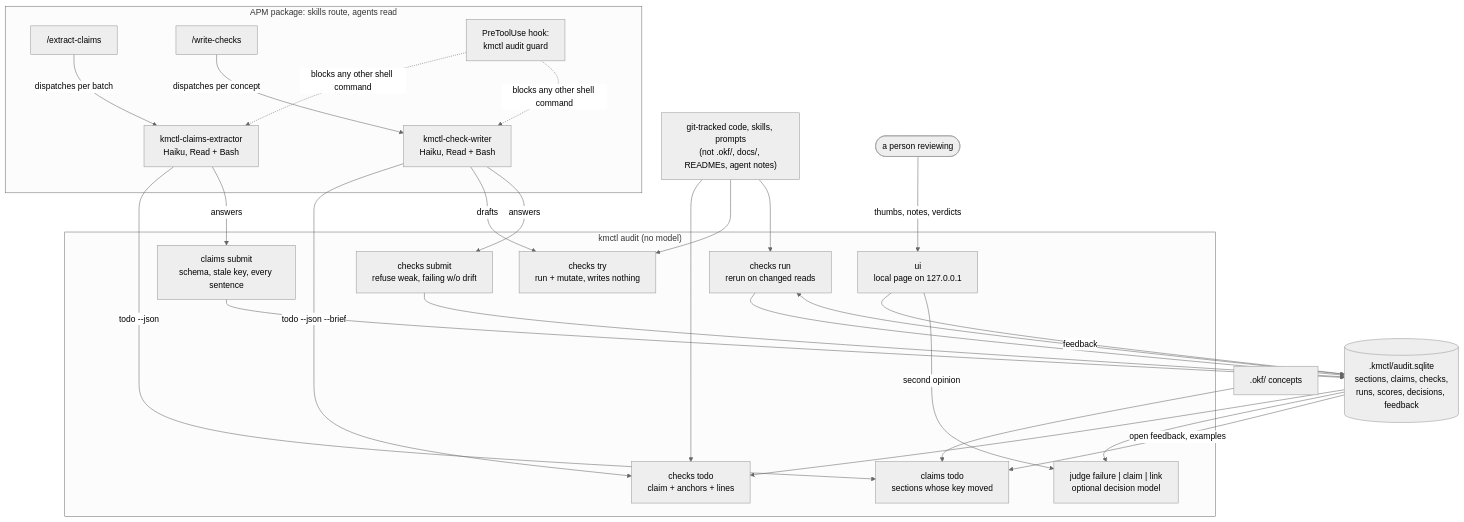
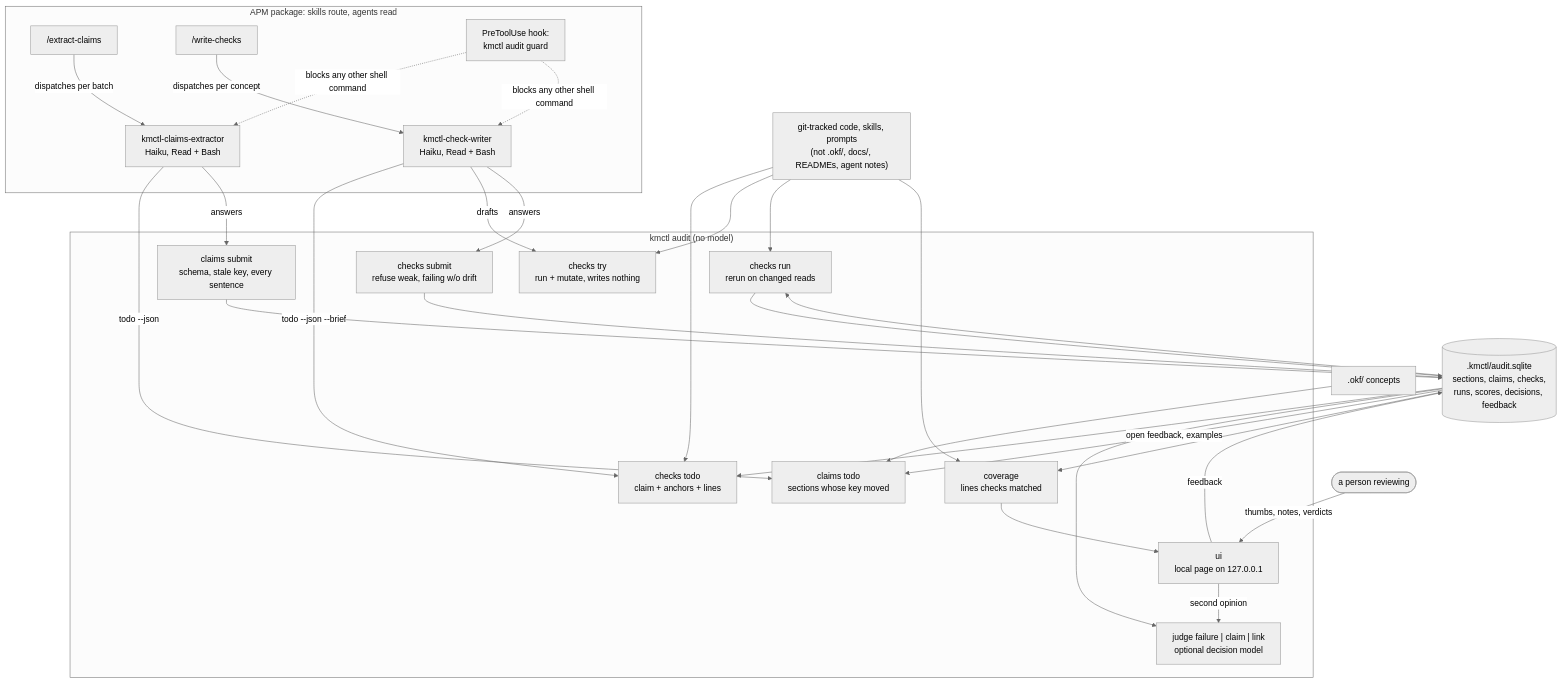
The diagram in .okf/architecture/audit-pipeline.md (JasperHG90/kmctl), drawn with Mermaid (neutral theme) before and after one commit. The commit also changed other lines of this file and 21 other files, not shown here.

First line of the commit message:
audit: code view, code coverage, clearer check results, measured costs

````diff
--- a/.okf/architecture/audit-pipeline.md
+++ b/.okf/architecture/audit-pipeline.md
@@ -34,52 +35,56 @@
 ```mermaid
 flowchart TB
     bundle[".okf/ concepts"]
     code["git-tracked code, skills, prompts<br/>(not .okf/, docs/, READMEs, agent notes)"]
 
     subgraph skills["APM package: skills route, agents read"]
         extractSkill["/extract-claims"]
         writeSkill["/write-checks"]
         extractor["kmctl-claims-extractor<br/>Haiku, Read + Bash"]
         writer["kmctl-check-writer<br/>Haiku, Read + Bash"]
         guard["PreToolUse hook:<br/>kmctl audit guard"]
     end
 
     subgraph cli["kmctl audit (no model)"]
         ctodo["claims todo<br/>sections whose key moved"]
         csubmit["claims submit<br/>schema, stale key, every sentence"]
         ktodo["checks todo<br/>claim + anchors + lines"]
         ktry["checks try<br/>run + mutate, writes nothing"]
         ksubmit["checks submit<br/>refuse weak, failing w/o drift"]
         krun["checks run<br/>rerun on changed reads"]
         judge["judge failure | claim | link<br/>optional decision model"]
         ui["ui<br/>local page on 127.0.0.1"]
+        cover["coverage<br/>lines checks matched"]
     end
 
     person(["a person reviewing"])
 
     store[(".kmctl/audit.sqlite<br/>sections, claims, checks,<br/>runs, scores, decisions, feedback")]
 
     bundle --> ctodo
     extractSkill -- "dispatches per batch" --> extractor
     extractor -- "todo --json" --> ctodo
     extractor -- "answers" --> csubmit
     csubmit --> store
     store --> ktodo
     code --> ktodo
     writeSkill -- "dispatches per concept" --> writer
     writer -- "todo --json --brief" --> ktodo
     writer -- "drafts" --> ktry
     code --> ktry
     writer -- "answers" --> ksubmit
     ksubmit --> store
     code --> krun
     store --> krun
     krun --> store
     store --> judge
     person -- "thumbs, notes, verdicts" --> ui
     ui -- "feedback" --> store
     ui -- "second opinion" --> judge
     store -- "open feedback, examples" --> ctodo
+    store --> cover
+    code --> cover
+    cover --> ui
     guard -. "blocks any other shell command" .-> extractor
     guard -. "blocks any other shell command" .-> writer
 ```
````
